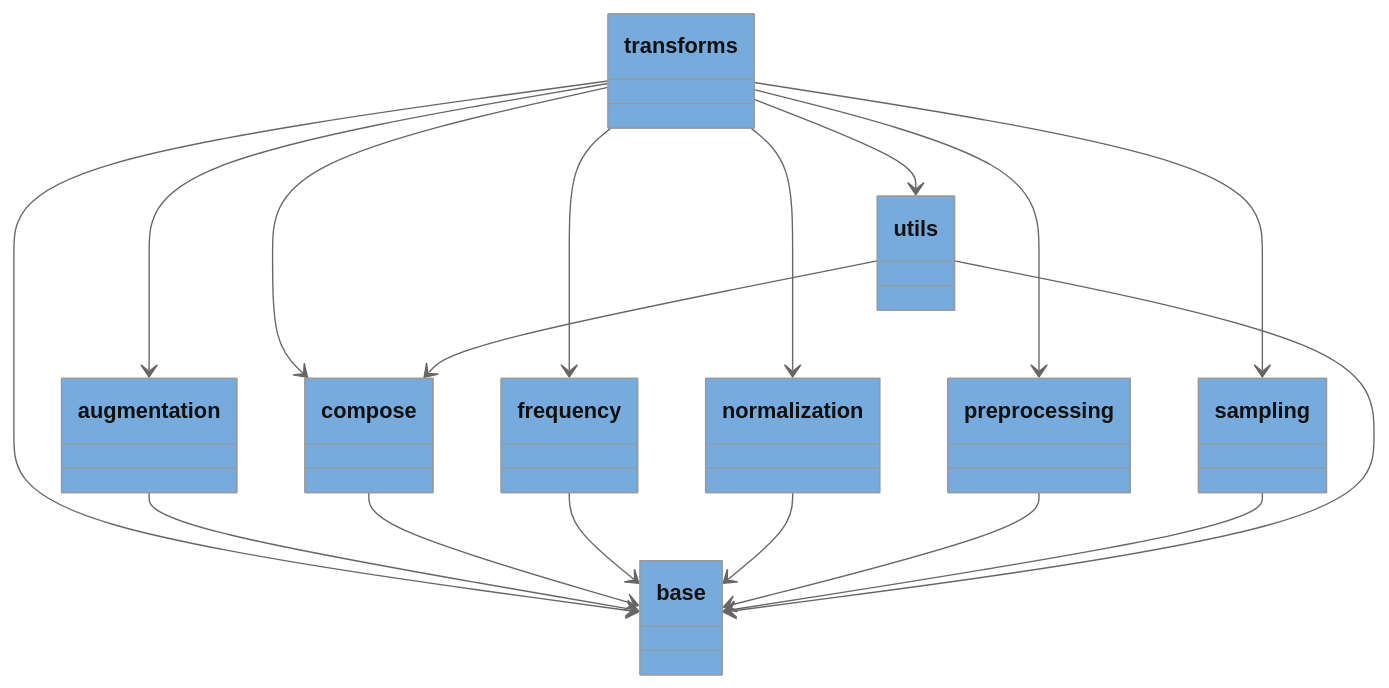
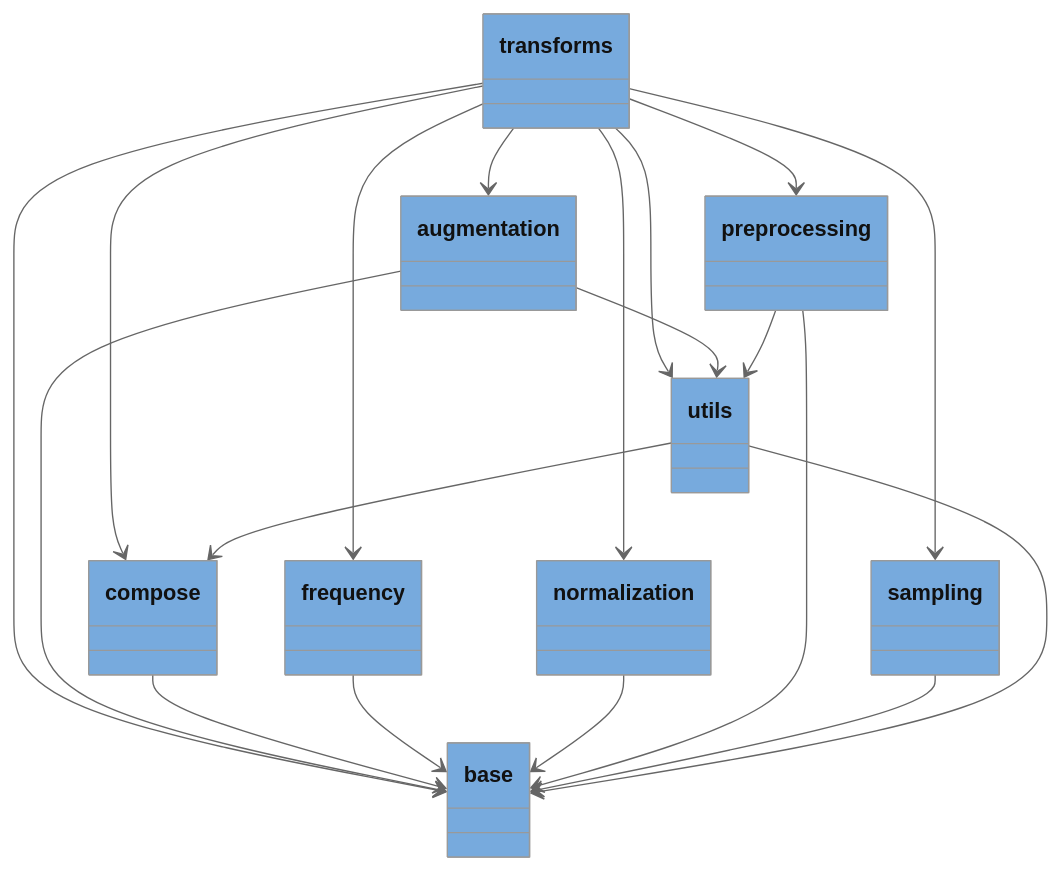
One commit to voidsy-gmbh/pyThermoNDT changed the diagram in docs/pyreverse/mermaid/packages_pythermondt.transforms.mmd. Above: the diagram before and after it, drawn with Mermaid (neutral theme). The commit also changed 14 other files, not shown here.

```diff
--- a/docs/pyreverse/mermaid/packages_pythermondt.transforms.mmd
+++ b/docs/pyreverse/mermaid/packages_pythermondt.transforms.mmd
@@ -1,44 +1,46 @@
 classDiagram
   class transforms {
   }
   style transforms fill:#77AADD
   class augmentation {
   }
   style augmentation fill:#77AADD
   class base {
   }
   style base fill:#77AADD
   class compose {
   }
   style compose fill:#77AADD
   class frequency {
   }
   style frequency fill:#77AADD
   class normalization {
   }
   style normalization fill:#77AADD
   class preprocessing {
   }
   style preprocessing fill:#77AADD
   class sampling {
   }
   style sampling fill:#77AADD
   class utils {
   }
   style utils fill:#77AADD
   transforms --> augmentation
   transforms --> base
   transforms --> compose
   transforms --> frequency
   transforms --> normalization
   transforms --> preprocessing
   transforms --> sampling
   transforms --> utils
   augmentation --> base
+  augmentation --> utils
   compose --> base
   frequency --> base
   normalization --> base
   preprocessing --> base
+  preprocessing --> utils
   sampling --> base
   utils --> base
   utils --> compose
```
